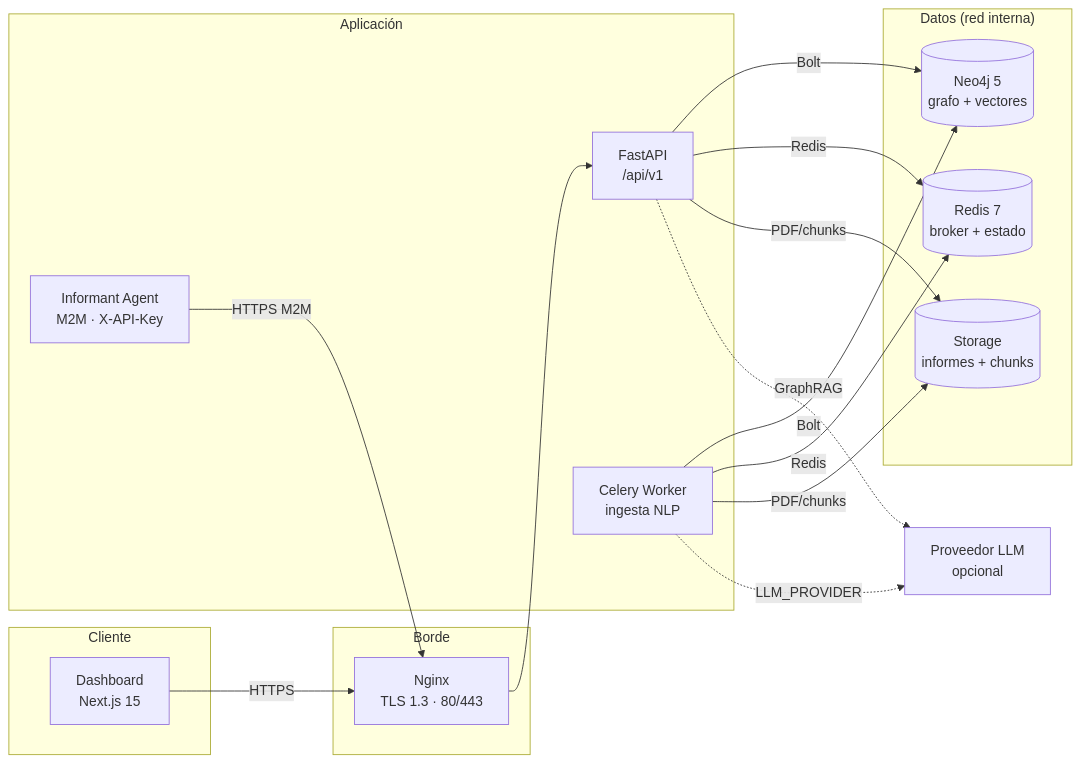
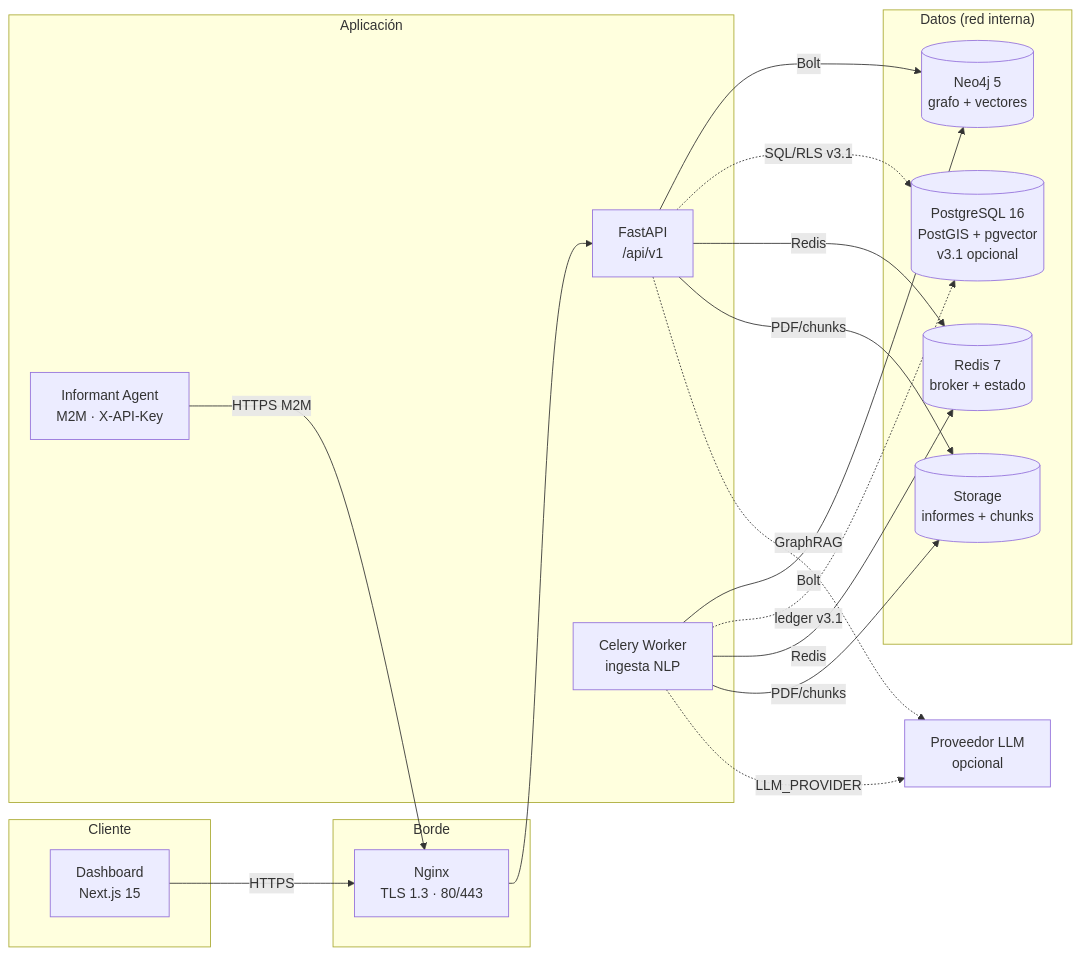
Before and after one commit to murdok1982/DataBaseInt-Osint-socmint-Sigint: the first of 2 diagrams in README.md, drawn with Mermaid. The commit also changed other lines of this file and 60 other files, not shown here.

````diff
--- a/README.md
+++ b/README.md
@@ -122,36 +126,39 @@
 ```mermaid
 flowchart LR
     subgraph CLIENTE["Cliente"]
         UI["Dashboard<br/>Next.js 15"]
     end
 
     subgraph BORDE["Borde"]
         NG["Nginx<br/>TLS 1.3 · 80/443"]
     end
 
     subgraph APP["Aplicación"]
         API["FastAPI<br/>/api/v1"]
         W["Celery Worker<br/>ingesta NLP"]
         IA["Informant Agent<br/>M2M · X-API-Key"]
     end
 
     subgraph DATOS["Datos (red interna)"]
         N4J[("Neo4j 5<br/>grafo + vectores")]
+        PG[("PostgreSQL 16<br/>PostGIS + pgvector<br/>v3.1 opcional")]
         RDS[("Redis 7<br/>broker + estado")]
         FS[("Storage<br/>informes + chunks")]
     end
 
     EXT["Proveedor LLM<br/>opcional"]
 
     UI -->|HTTPS| NG
     IA -->|HTTPS M2M| NG
     NG --> API
     API -->|Bolt| N4J
+    API -.->|SQL/RLS v3.1| PG
     API -->|Redis| RDS
     API -->|PDF/chunks| FS
     W -->|Bolt| N4J
+    W -.->|ledger v3.1| PG
     W -->|Redis| RDS
     W -->|PDF/chunks| FS
     W -.->|LLM_PROVIDER| EXT
     API -.->|GraphRAG| EXT
 ```
````
